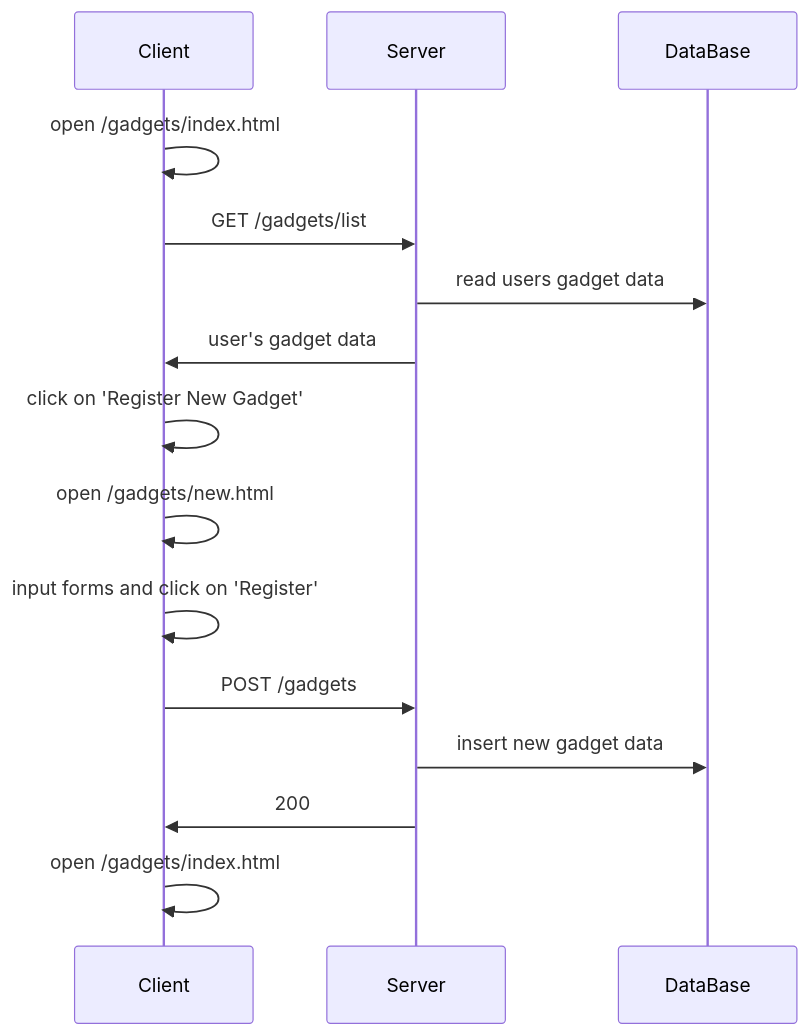
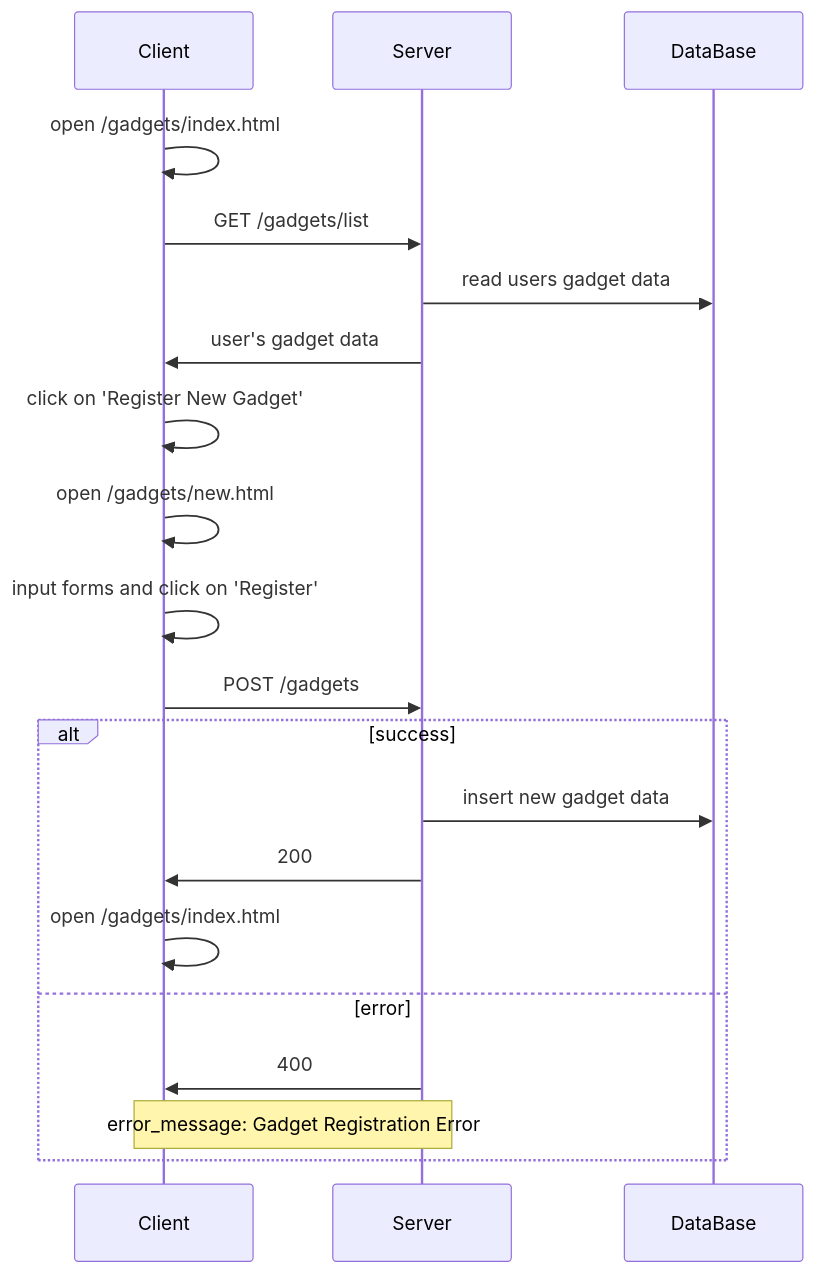
One commit to lynxlevin/gadget_collection changed the first of 3 diagrams in docs/gadget_sequence.md. Above: the diagram before and after it, drawn with Mermaid. The commit also changed other lines of this file, not shown here.

Commit message:
error sequence

````diff
--- a/docs/gadget_sequence.md
+++ b/docs/gadget_sequence.md
@@ -6,17 +6,22 @@
 ```mermaid
 sequenceDiagram
     participant c as Client
     participant s as Server
     participant d as DataBase
     c->>c: open /gadgets/index.html
     c->>s: GET /gadgets/list
     s->>d: read users gadget data
     s->>c: user's gadget data
     c->>c: click on 'Register New Gadget'
     c->>c: open /gadgets/new.html
     c->>c: input forms and click on 'Register'
     c->>s: POST /gadgets
-    s->>d: insert new gadget data
-    s->>c: 200
-    c->>c: open /gadgets/index.html
+    alt success
+        s->>d: insert new gadget data
+        s->>c: 200
+        c->>c: open /gadgets/index.html
+    else error
+        s->>c:400
+        Note over c, s: error_message: Gadget Registration Error
+    end
 ```
````
